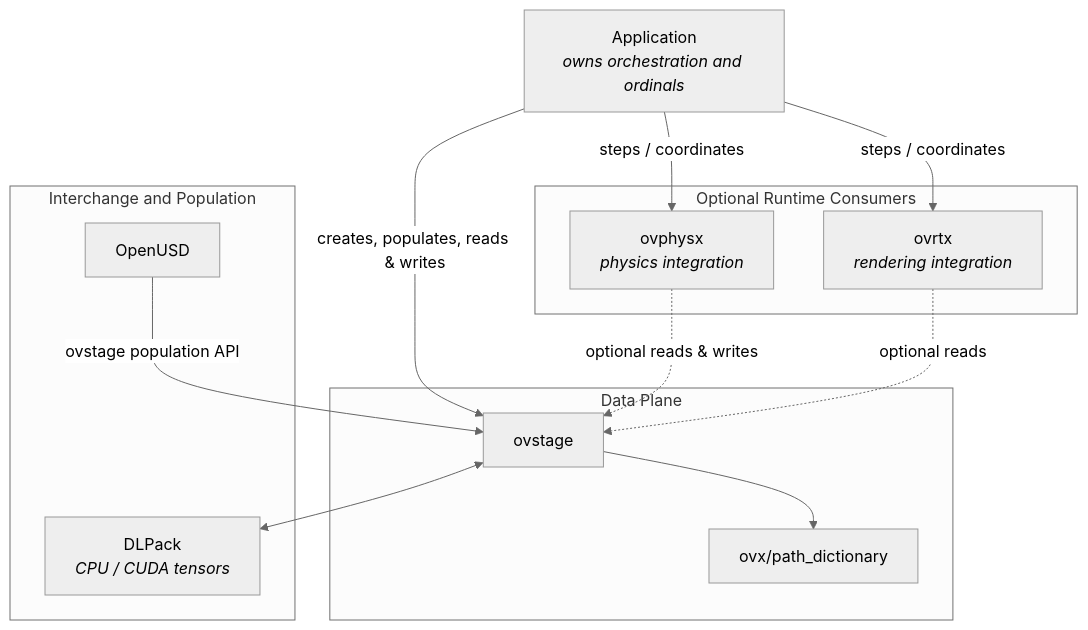
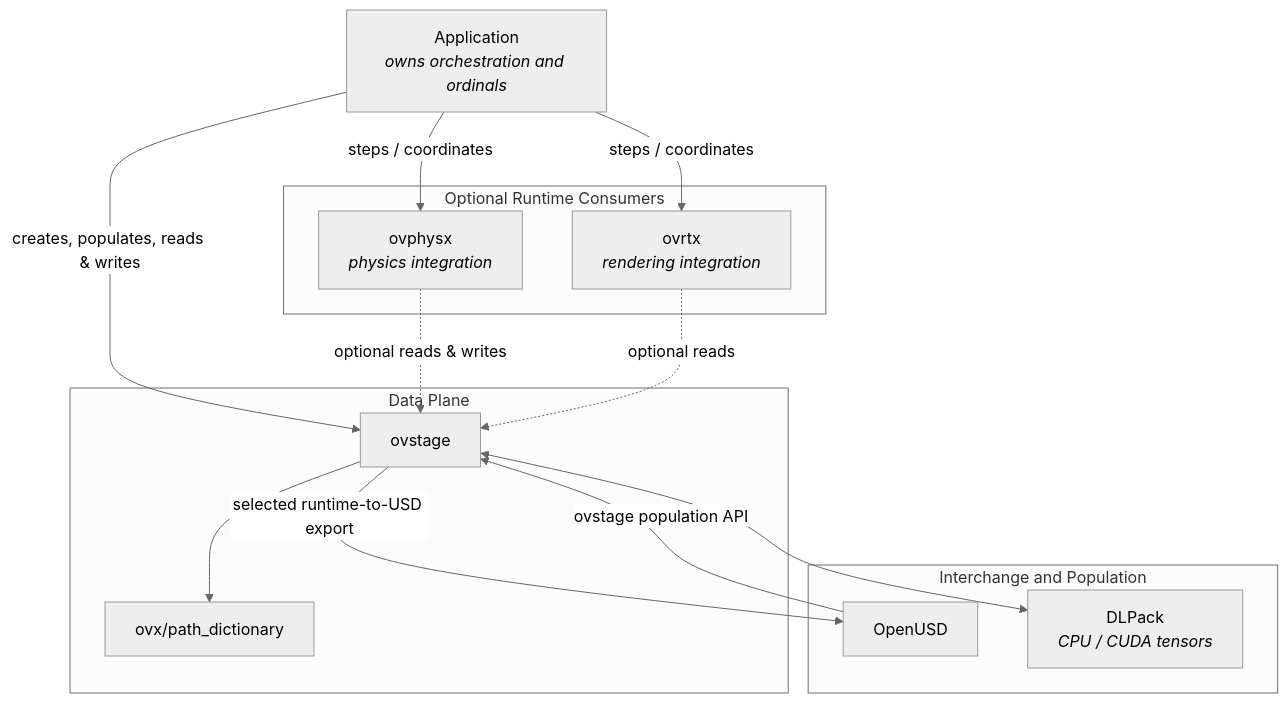
Before and after one commit to NVIDIA-Omniverse/ovstage: the first of 3 diagrams in OVERVIEW.md, drawn with Mermaid (neutral theme). The commit also changed other lines of this file and 104 other files, not shown here.

````diff
--- a/OVERVIEW.md
+++ b/OVERVIEW.md
@@ -70,30 +70,31 @@
 ```mermaid
 graph TD
     APP[Application<br/><i>owns orchestration and ordinals</i>]
 
     subgraph "Optional Runtime Consumers"
         OVPHYSX[ovphysx<br/><i>physics integration</i>]
         OVRTX[ovrtx<br/><i>rendering integration</i>]
     end
 
     subgraph "Data Plane"
         OVSTAGE[ovstage]
         PATHDICT[ovx/path_dictionary]
     end
 
     subgraph "Interchange and Population"
         OPENUSD[OpenUSD]
         DLPACK[DLPack<br/><i>CPU / CUDA tensors</i>]
     end
 
     APP -->|creates, populates, reads & writes| OVSTAGE
     APP -->|steps / coordinates| OVPHYSX
     APP -->|steps / coordinates| OVRTX
 
     OVPHYSX -.->|optional reads & writes| OVSTAGE
     OVRTX -.->|optional reads| OVSTAGE
 
     OVSTAGE --> PATHDICT
     OPENUSD -->|ovstage population API| OVSTAGE
+    OVSTAGE -->|selected runtime-to-USD export| OPENUSD
     OVSTAGE <--> DLPACK
 ```
````
